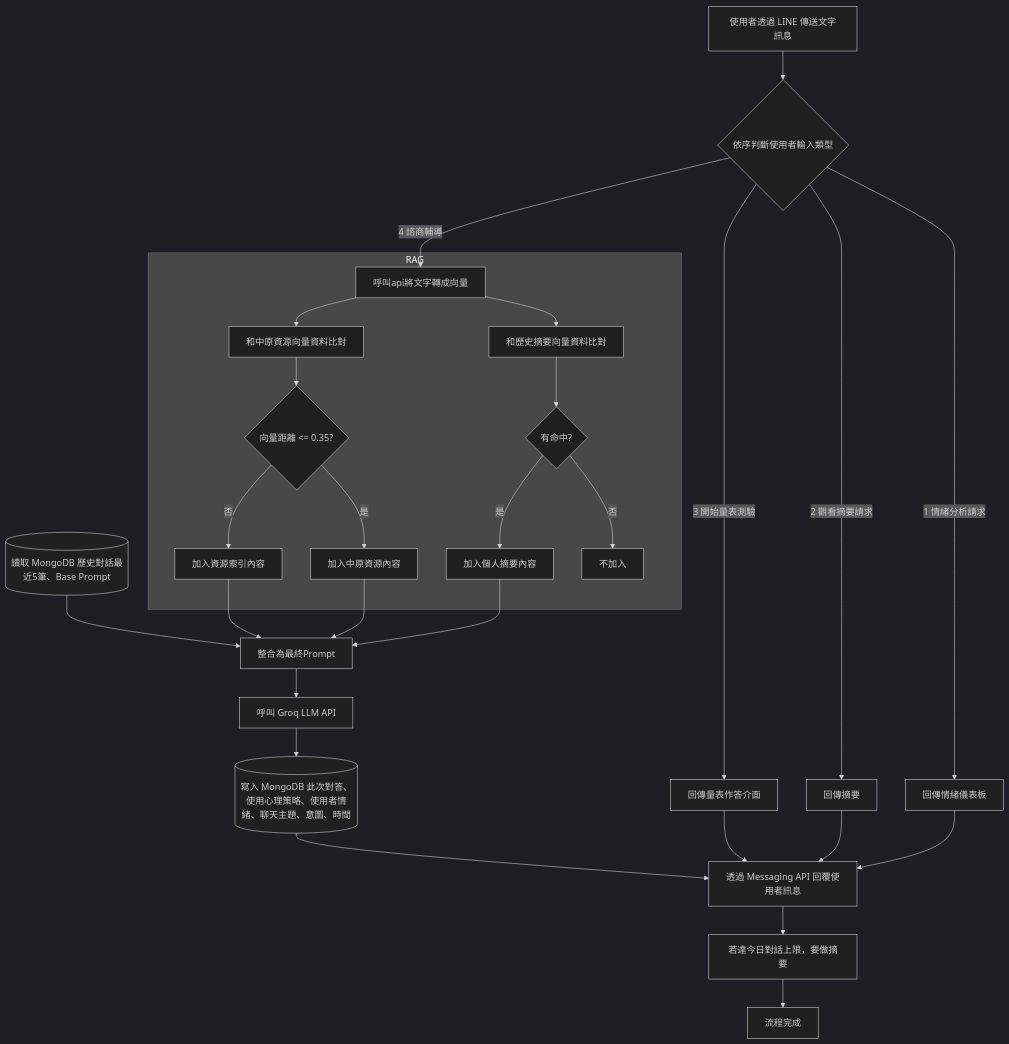
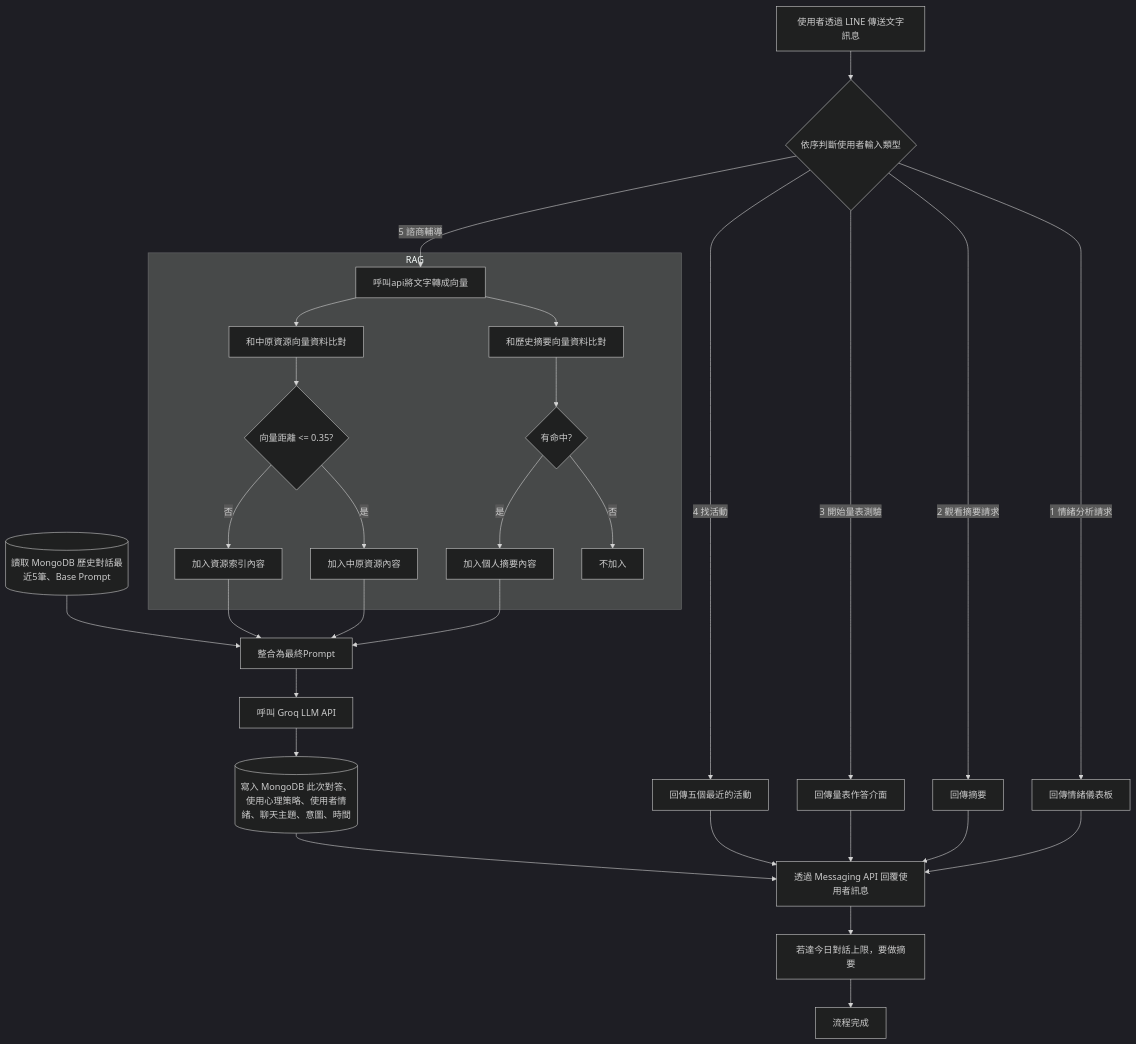
Before and after one commit to aurorajojo/line_app: the diagram in README.md, drawn with Mermaid (dark theme).

````diff
--- a/README.md
+++ b/README.md
@@ -12,46 +12,49 @@
 ```mermaid
 flowchart TD
     A[使用者透過 LINE 傳送文字訊息] --> D{依序判斷使用者輸入類型}
 
 
     D -->|1 情緒分析請求| E[回傳情緒儀表板]
     E --> O1
 
     D -->|2 觀看摘要請求| F[回傳摘要]
     F --> O1
 
     D -->|3 開始量表測驗| G[回傳量表作答介面]
     G --> O1
 
-    D -->|4 諮商輔導| I[呼叫api將文字轉成向量]
+    D -->|4 找活動| H[回傳五個最近的活動]
+    H --> O1
+
+    D -->|5 諮商輔導| I[呼叫api將文字轉成向量]
 
     subgraph RAG
         I --> V1[和中原資源向量資料比對]
         I --> V2[和歷史摘要向量資料比對]
         V1 --> Q{向量距離 <= 0.35?}
         V2 --> Q2{有命中?}
         Q -->|是| J[加入中原資源內容]
         Q -->|否| R[加入資源索引內容]
         Q2 -->|是| S[加入個人摘要內容]
         Q2 -->|否| T[不加入]
         
     end
 
     S --> X
     J --> X[整合為最終Prompt]
     R --> X
     MDB_Read --> X
 
     X --> L[呼叫 Groq LLM API]
     MDB_Read[( 讀取 MongoDB 歷史對話最近5筆、Base Prompt)]
     MDB_Write[( 寫入 MongoDB 此次對答、使用心理策略、使用者情緒、聊天主題、意圖、時間)]
 
 
     L --> MDB_Write
         
     
     MDB_Write --> O1
     O1[透過 Messaging API 回覆使用者訊息] --> M[若達今日對話上限，要做摘要]
     M --> Z[流程完成]
 
 ```
````
